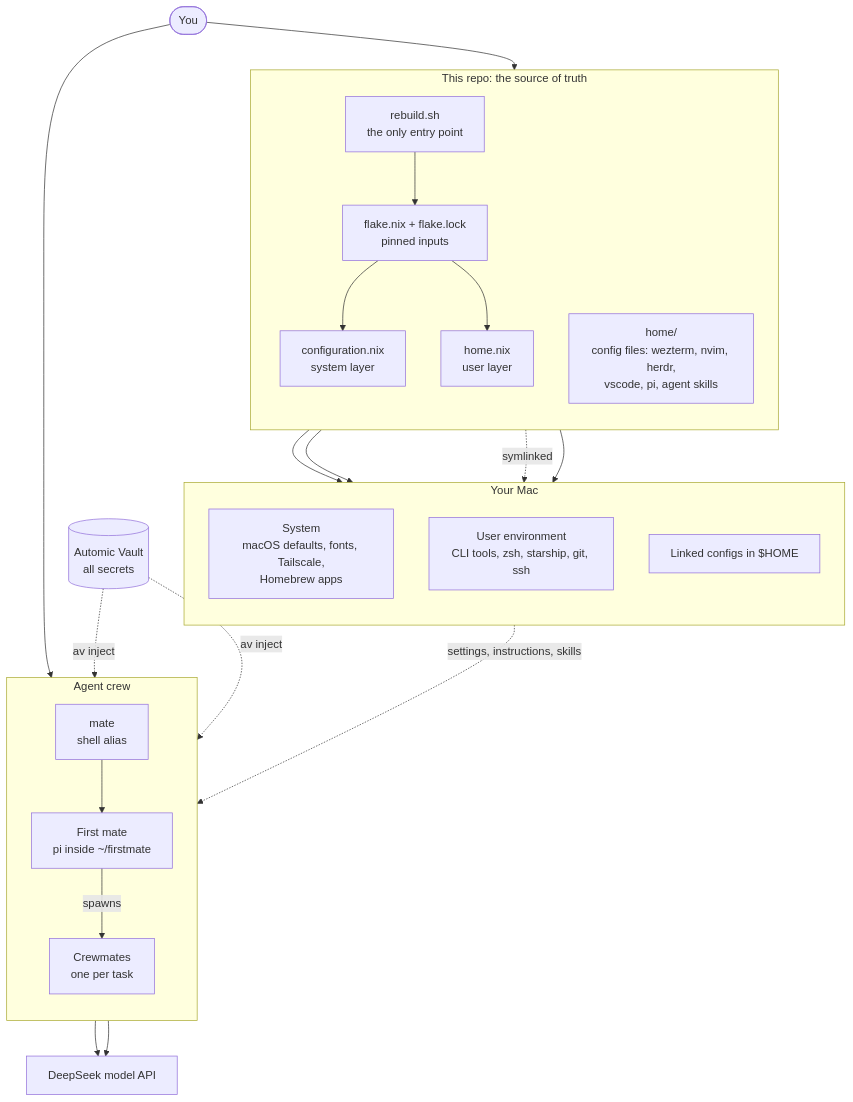
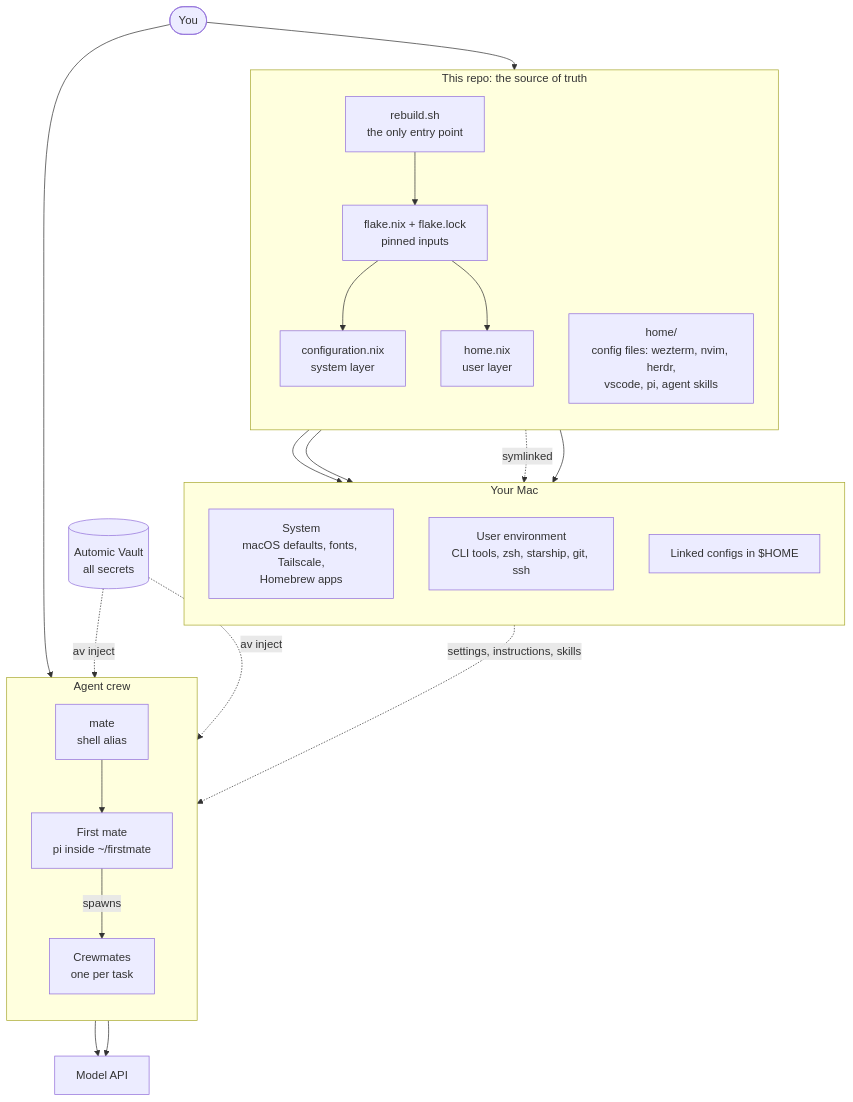
The first of 10 diagrams in README.md (aditya-sathish-rao/agentic-dev-env), drawn with Mermaid before and after one commit. The commit also changed other lines of this file and 18 other files, not shown here.

````diff
--- a/README.md
+++ b/README.md
@@ -46,45 +46,45 @@
 ```mermaid
 flowchart TB
     You(["You"])
 
     subgraph Repo["This repo: the source of truth"]
         direction TB
         RB["rebuild.sh<br/>the only entry point"]
         FL["flake.nix + flake.lock<br/>pinned inputs"]
         CFG["configuration.nix<br/>system layer"]
         HM["home.nix<br/>user layer"]
         DOT["home/<br/>config files: wezterm, nvim, herdr,<br/>vscode, pi, agent skills"]
     end
 
     subgraph Mac["Your Mac"]
         direction TB
         SYS["System<br/>macOS defaults, fonts, Tailscale,<br/>Homebrew apps"]
         USR["User environment<br/>CLI tools, zsh, starship, git, ssh"]
         LINKS["Linked configs in $HOME"]
     end
 
     subgraph Crew["Agent crew"]
         direction TB
         MATE["mate<br/>shell alias"]
         FM["First mate<br/>pi inside ~/firstmate"]
         CM["Crewmates<br/>one per task"]
     end
 
     AV[("Automic Vault<br/>all secrets")]
-    LLM["DeepSeek model API"]
+    LLM["Model API"]
 
     You --> RB
     RB --> FL
     FL --> CFG --> SYS
     FL --> HM --> USR
     DOT -. "symlinked" .-> LINKS
     HM --> LINKS
 
     You --> MATE --> FM
     FM -- "spawns" --> CM
     AV -. "av inject" .-> FM
     AV -. "av inject" .-> CM
     FM --> LLM
     CM --> LLM
     LINKS -. "settings, instructions, skills" .-> FM
 ```
````
